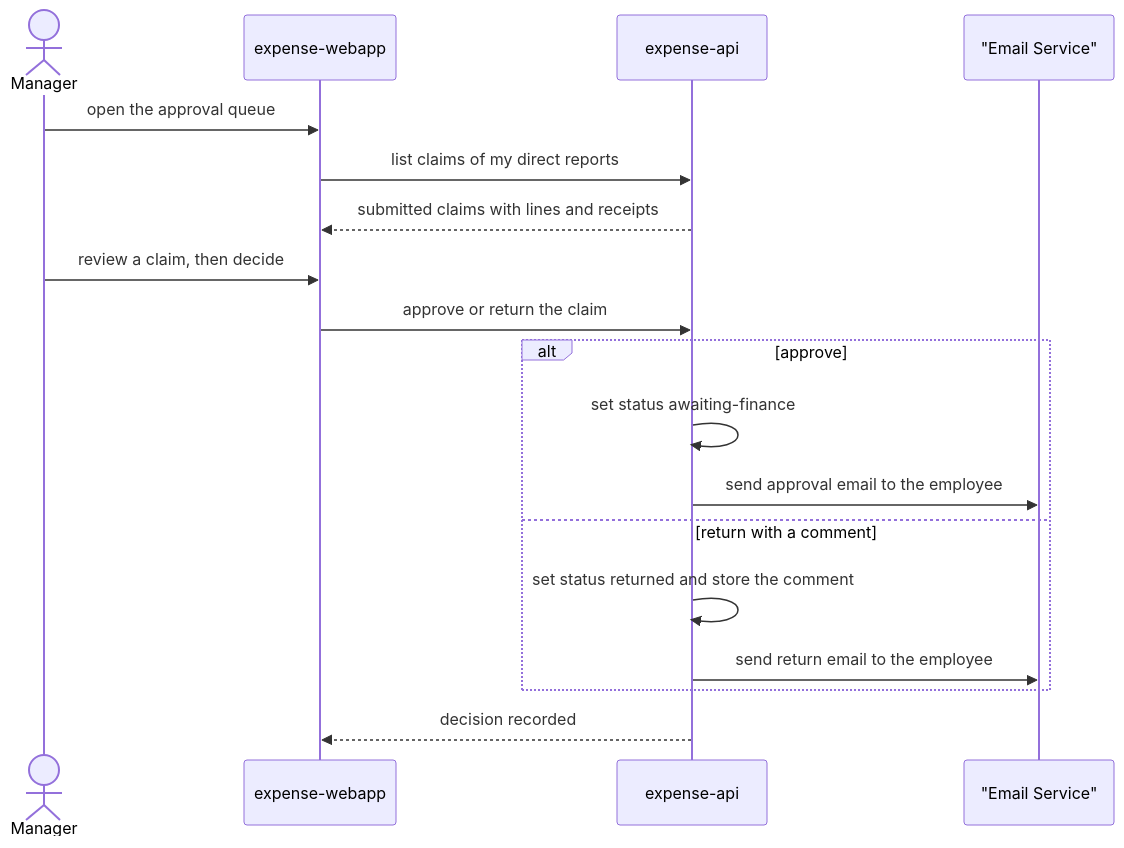
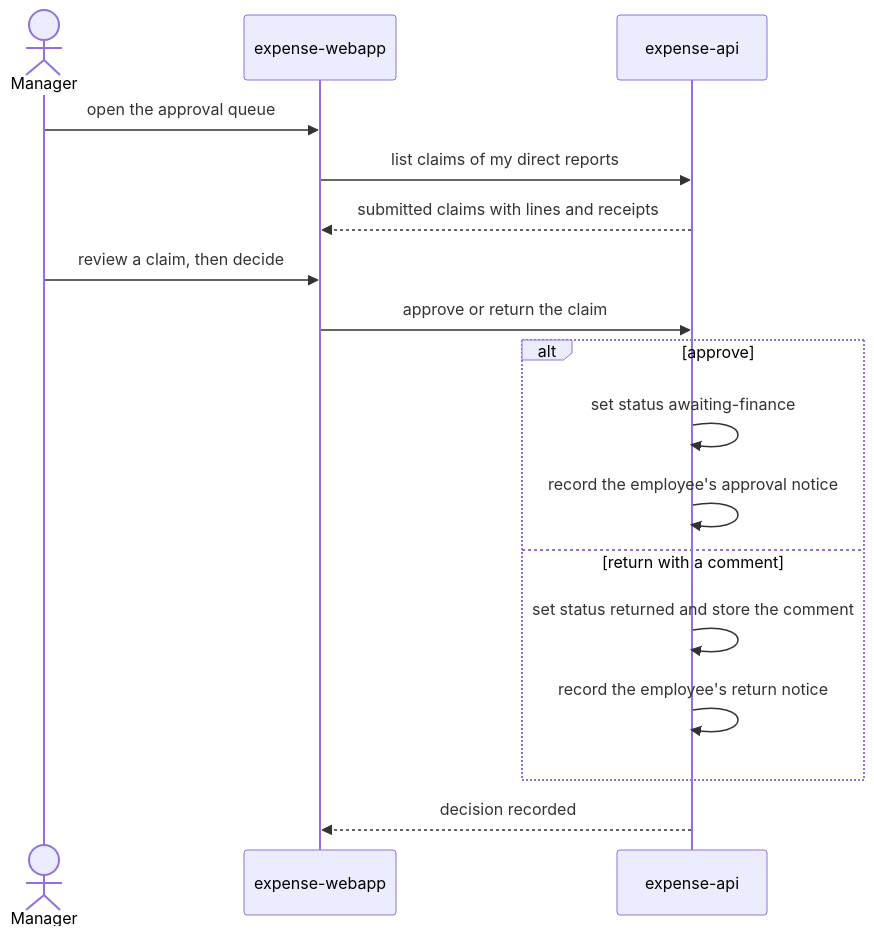
Before and after one commit to asdlc-repos/employees-submit-expense23112: the diagram in specs/design/flows/manager-approval.md, drawn with Mermaid. The commit also changed 12 other files, not shown here.

````diff
--- a/specs/design/flows/manager-approval.md
+++ b/specs/design/flows/manager-approval.md
@@ -5,21 +5,20 @@
 ```mermaid
 sequenceDiagram
     actor Manager
     participant expense-webapp
     participant expense-api
-    participant email as "Email Service"
 
     Manager->>expense-webapp: open the approval queue
     expense-webapp->>expense-api: list claims of my direct reports
     expense-api-->>expense-webapp: submitted claims with lines and receipts
     Manager->>expense-webapp: review a claim, then decide
     expense-webapp->>expense-api: approve or return the claim
     alt approve
         expense-api->>expense-api: set status awaiting-finance
-        expense-api->>email: send approval email to the employee
+        expense-api->>expense-api: record the employee's approval notice
     else return with a comment
         expense-api->>expense-api: set status returned and store the comment
-        expense-api->>email: send return email to the employee
+        expense-api->>expense-api: record the employee's return notice
     end
     expense-api-->>expense-webapp: decision recorded
 ```
````
